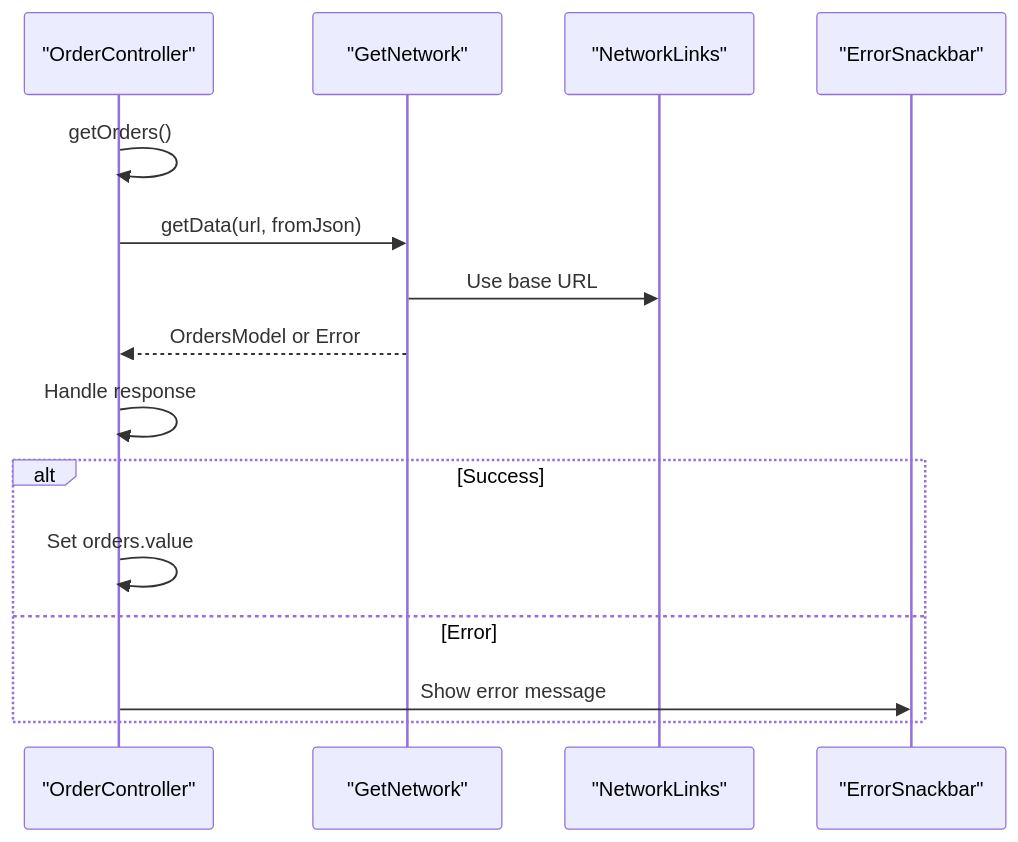
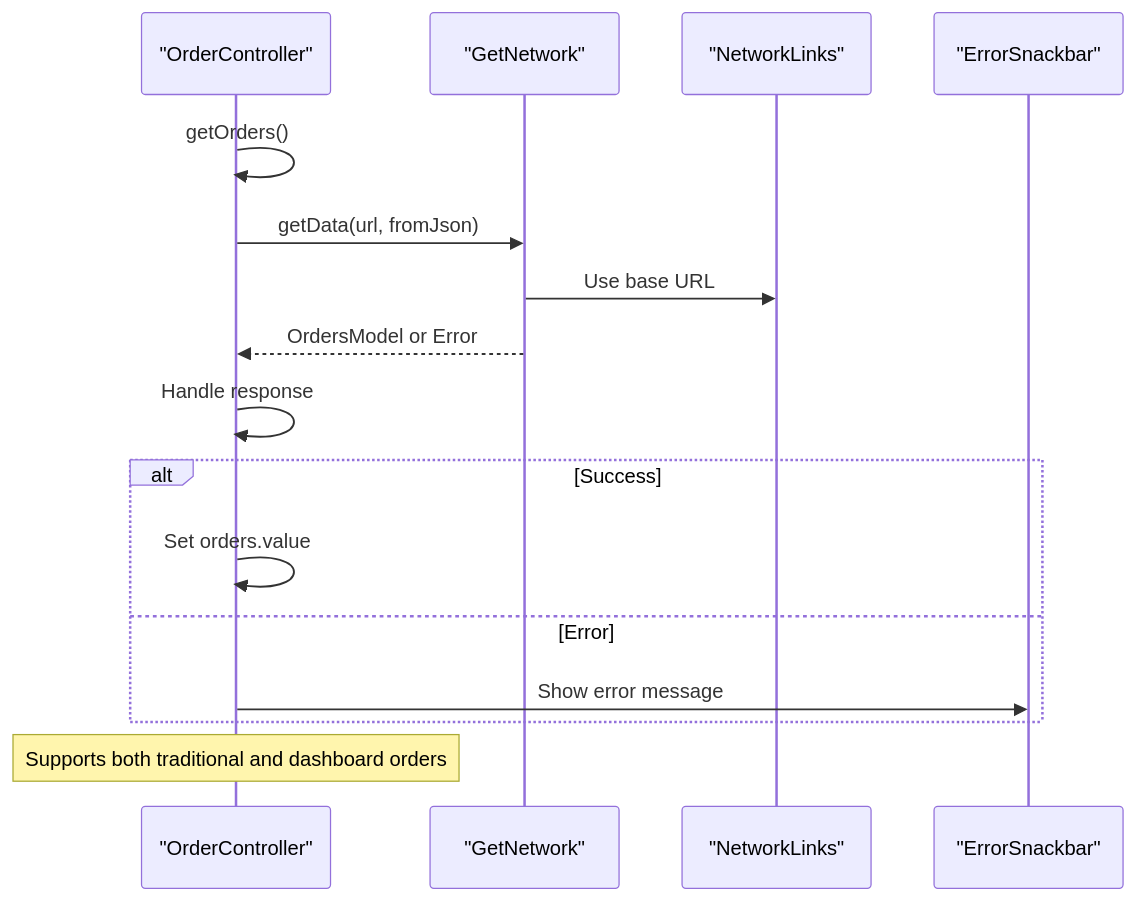
Before and after one commit to Ariful3111/FurniGo: the sixth of 9 diagrams in .qoder/repowiki/en/content/Core Features/AI Design Services/Purchase and Download Workflow.md, drawn with Mermaid. The commit also changed other lines of this file and 67 other files, not shown here.

````diff
--- a/.qoder/repowiki/en/content/Core Features/AI Design Services/Purchase and Download Workflow.md
+++ b/.qoder/repowiki/en/content/Core Features/AI Design Services/Purchase and Download Workflow.md
@@ -230,17 +343,18 @@
 ```mermaid
 sequenceDiagram
 participant OrderCtrl as "OrderController"
 participant GetNet as "GetNetwork"
 participant NetPath as "NetworkLinks"
 participant ErrorSnackbar as "ErrorSnackbar"
 OrderCtrl->>OrderCtrl : getOrders()
 OrderCtrl->>GetNet : getData(url, fromJson)
 GetNet->>NetPath : Use base URL
 GetNet-->>OrderCtrl : OrdersModel or Error
 OrderCtrl->>OrderCtrl : Handle response
 alt Success
 OrderCtrl->>OrderCtrl : Set orders.value
 else Error
 OrderCtrl->>ErrorSnackbar : Show error message
 end
+Note over OrderCtrl : Supports both traditional and dashboard orders
 ```
````
